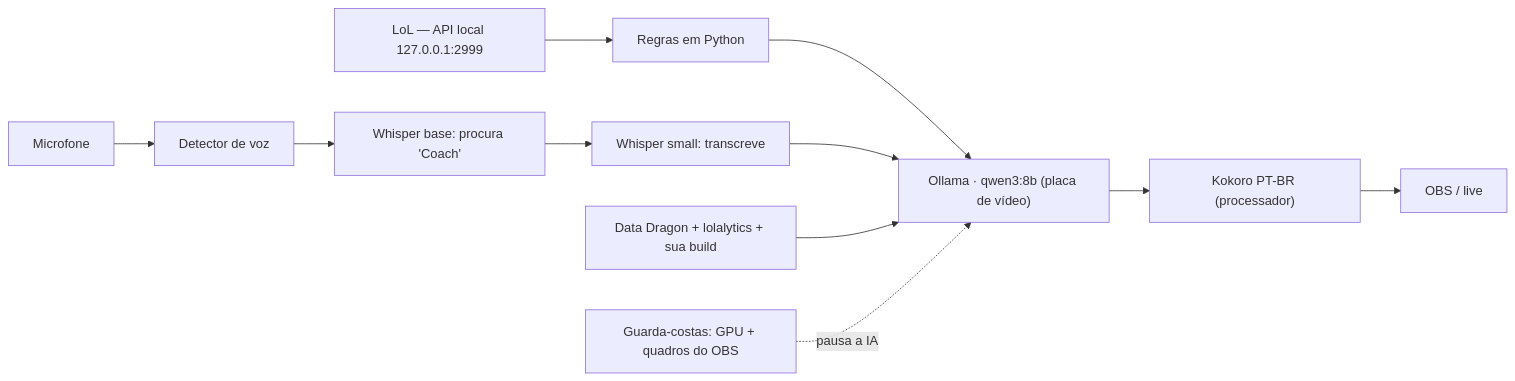
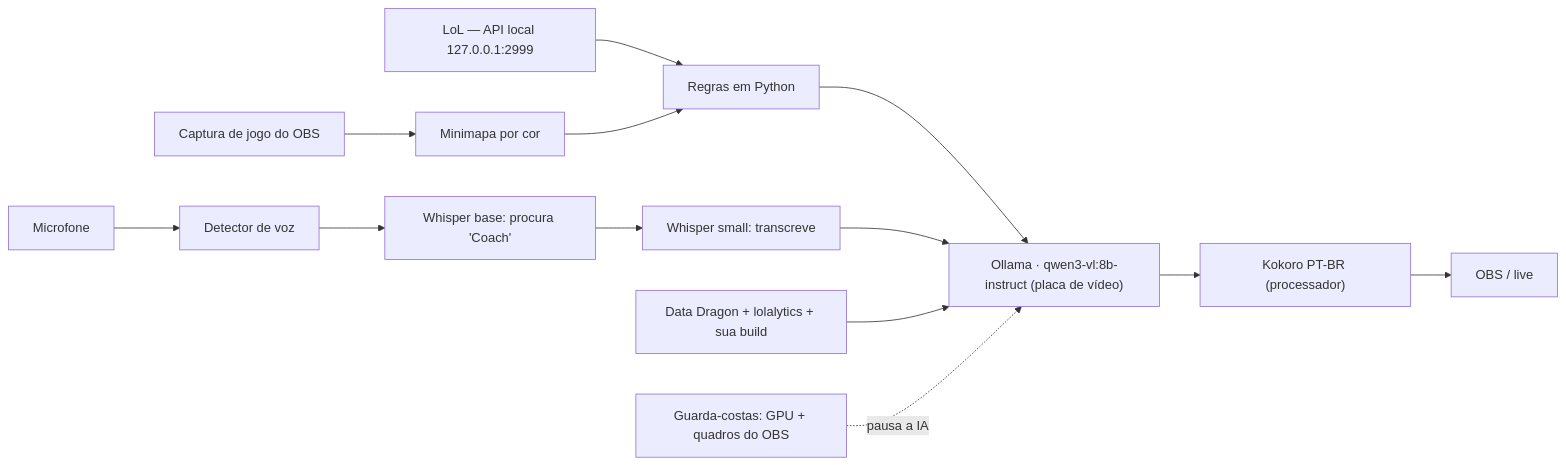
The diagram in README.md (JeffersonTales/coach-lol-local), drawn with Mermaid before and after one commit. The commit also changed other lines of this file and 11 other files, not shown here.

````diff
--- a/README.md
+++ b/README.md
@@ -14,10 +15,11 @@
 ```mermaid
 flowchart LR
   LOL["LoL — API local 127.0.0.1:2999"] --> REG["Regras em Python"]
+  OBSI["Captura de jogo do OBS"] --> MM["Minimapa por cor"] --> REG
   MIC["Microfone"] --> VAD["Detector de voz"] --> WH["Whisper base: procura 'Coach'"] --> WS["Whisper small: transcreve"]
-  REG --> LLM["Ollama · qwen3:8b (placa de vídeo)"]
+  REG --> LLM["Ollama · qwen3-vl:8b-instruct (placa de vídeo)"]
   WS --> LLM
   DD["Data Dragon + lolalytics + sua build"] --> LLM
   LLM --> TTS["Kokoro PT-BR (processador)"] --> OBS["OBS / live"]
   G["Guarda-costas: GPU + quadros do OBS"] -. pausa a IA .-> LLM
 ```
````
